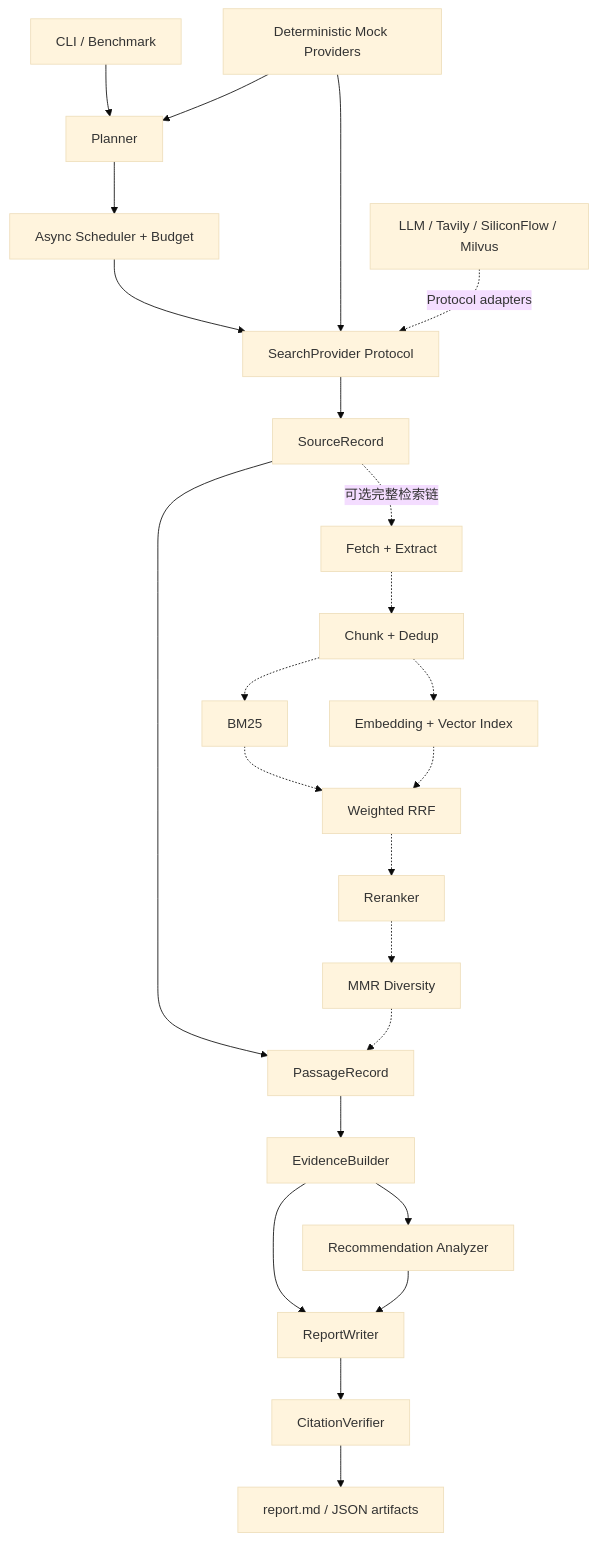
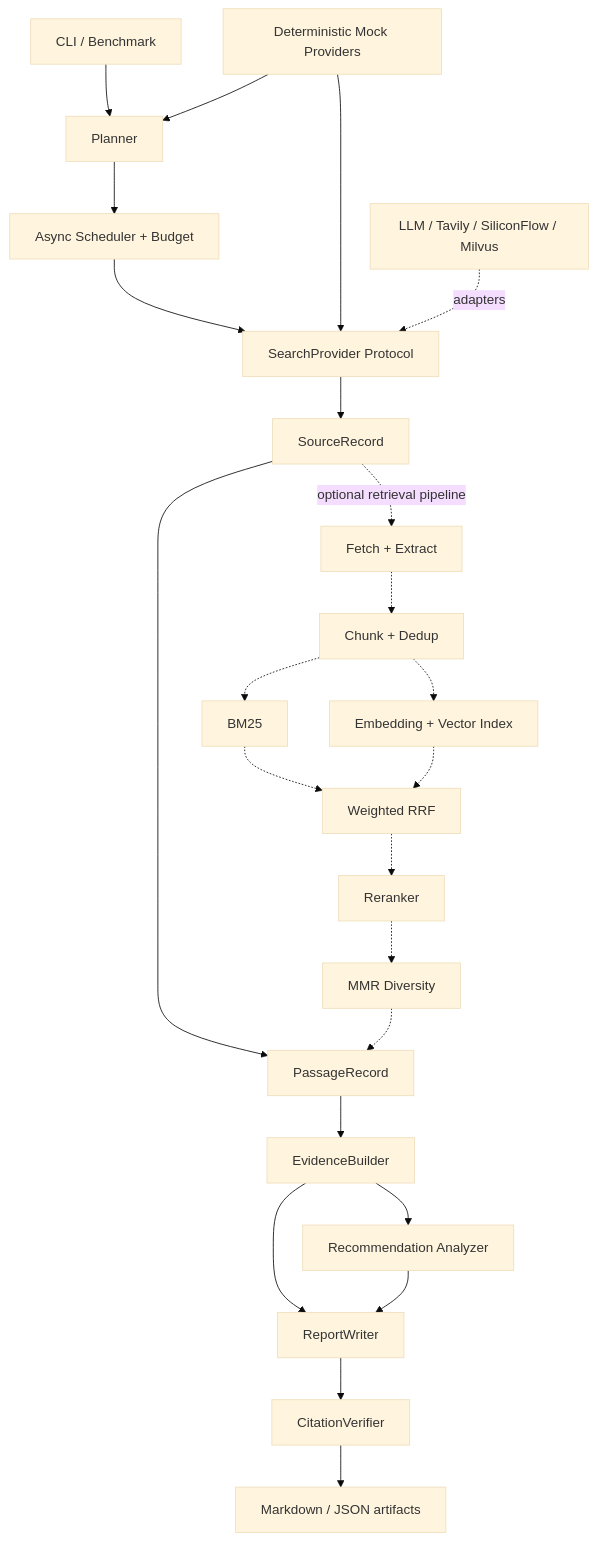
The diagram in README.md (yzy1147770433/rec-researcher), drawn with Mermaid (base theme) before and after one commit. The commit also changed other lines of this file and 6 other files, not shown here.

````diff
--- a/README.md
+++ b/README.md
@@ -29,29 +44,29 @@
 ```mermaid
 flowchart TD
     CLI[CLI / Benchmark] --> Planner[Planner]
     Planner --> Scheduler[Async Scheduler + Budget]
     Scheduler --> Search[SearchProvider Protocol]
     Search --> Sources[SourceRecord]
 
-    Sources -. 可选完整检索链 .-> Fetch[Fetch + Extract]
+    Sources -. optional retrieval pipeline .-> Fetch[Fetch + Extract]
     Fetch -.-> Chunk[Chunk + Dedup]
     Chunk -.-> BM25[BM25]
     Chunk -.-> Dense[Embedding + Vector Index]
     BM25 -.-> RRF[Weighted RRF]
     Dense -.-> RRF
     RRF -.-> Reranker[Reranker]
     Reranker -.-> MMR[MMR Diversity]
 
     Sources --> Passages[PassageRecord]
     MMR -.-> Passages
     Passages --> Evidence[EvidenceBuilder]
     Evidence --> Domain[Recommendation Analyzer]
     Evidence --> Report[ReportWriter]
     Domain --> Report
     Report --> Verify[CitationVerifier]
-    Verify --> Artifacts[report.md / JSON artifacts]
+    Verify --> Artifacts[Markdown / JSON artifacts]
 
     Mock[Deterministic Mock Providers] --> Planner
     Mock --> Search
-    Real[LLM / Tavily / SiliconFlow / Milvus] -. Protocol adapters .-> Search
+    Real[LLM / Tavily / SiliconFlow / Milvus] -. adapters .-> Search
 ```
````
